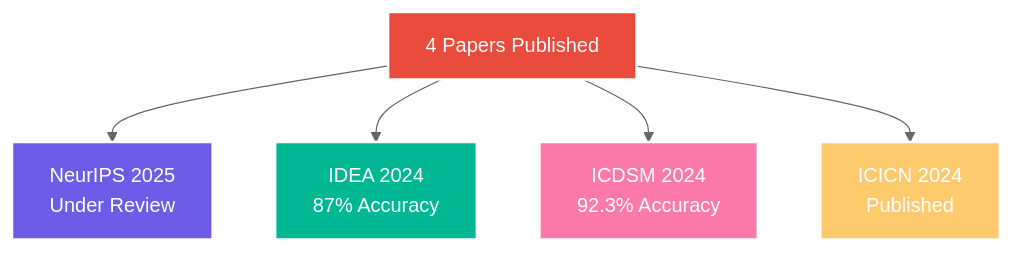
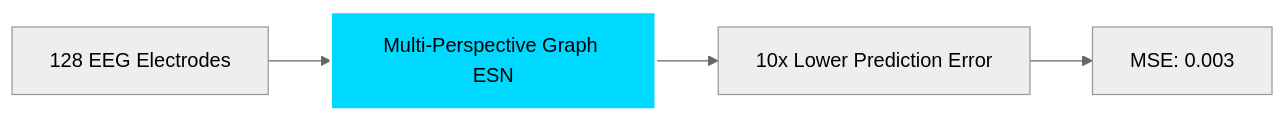
Before and after one commit to Krish0909/Krish0909: the diagram in README.md, drawn with Mermaid (neutral theme). The commit also changed other lines of this file, not shown here.

````diff
--- a/README.md
+++ b/README.md
@@ -135,12 +52,7 @@
 ```mermaid
-graph TD
-    A[4 Papers Published] --> B[NeurIPS 2025<br/>Under Review]
-    A --> C[IDEA 2024<br/>87% Accuracy]
-    A --> D[ICDSM 2024<br/>92.3% Accuracy]
-    A --> E[ICICN 2024<br/>Published]
-    style A fill:#E94B3C,stroke:#fff,stroke-width:2px,color:#fff
-    style B fill:#6C5CE7,stroke:#fff,stroke-width:2px,color:#fff
-    style C fill:#00B894,stroke:#fff,stroke-width:2px,color:#fff
-    style D fill:#FD79A8,stroke:#fff,stroke-width:2px,color:#fff
-    style E fill:#FDCB6E,stroke:#fff,stroke-width:2px,color:#fff
+graph LR
+    A[128 EEG Electrodes] --> B[Multi-Perspective Graph ESN]
+    B --> C[10x Lower Prediction Error]
+    C --> D[MSE: 0.003]
+    style B fill:#00D9FF,stroke:#fff,stroke-width:2px
 ```
````
